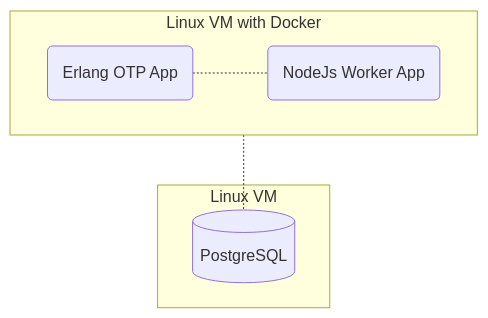
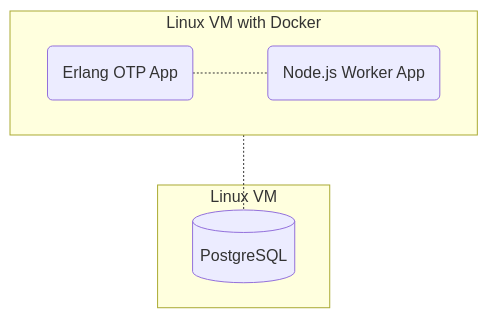
Before and after one commit to OpenFn/docs: the second of 3 diagrams in docs/deploy/requirements.md, drawn with Mermaid. The commit also changed other lines of this file and 8 other files, not shown here.

````diff
--- a/docs/deploy/requirements.md
+++ b/docs/deploy/requirements.md
@@ -124,11 +123,11 @@
 ```mermaid
 flowchart TB
   ex1-.-db1
   subgraph "Linux VM with Docker"
     direction LR
-    ex1(Erlang OTP App)-.-js1(NodeJs Worker App)
+    ex1(Erlang OTP App)-.-js1(Node.js Worker App)
   end
   subgraph "Linux VM"
     db1[(PostgreSQL)]
   end
 ```
````
